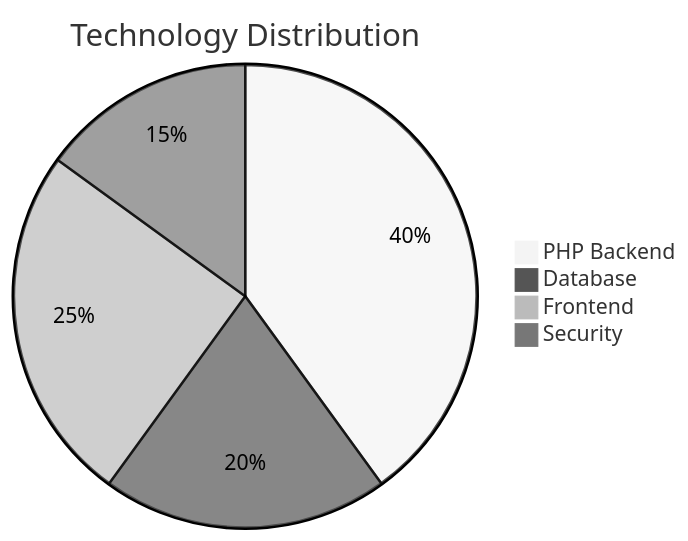
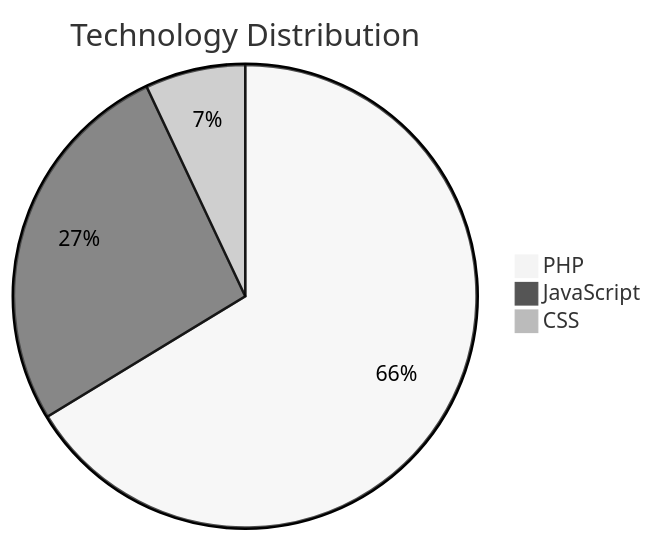
Before and after one commit to RajaMahanty/dexper: the first of 8 diagrams in README.md, drawn with Mermaid (neutral theme). The commit also changed other lines of this file, not shown here.

````diff
--- a/README.md
+++ b/README.md
@@ -16,7 +16,6 @@
 ```mermaid
 pie title Technology Distribution
-    "PHP Backend" : 40
-    "Database" : 20
-    "Frontend" : 25
-    "Security" : 15
+    "PHP" : 66.3
+    "JavaScript" : 26.7
+    "CSS" : 7.0
 ```
````
